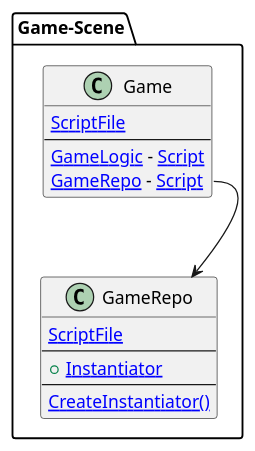
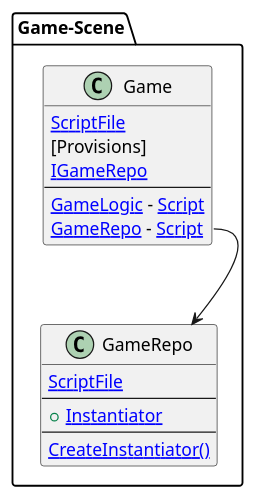
Before and after one commit to chickensoft-games/UMLGenerator: the diagram in src/Chickensoft.UMLGenerator.Tests/Snapshots/BaseProject_VSCode_Game.verified.puml, drawn with PlantUML. The commit also changed 6 other files, not shown here.

```diff
--- a/src/Chickensoft.UMLGenerator.Tests/Snapshots/BaseProject_VSCode_Game.verified.puml
+++ b/src/Chickensoft.UMLGenerator.Tests/Snapshots/BaseProject_VSCode_Game.verified.puml
@@ -1,24 +1,26 @@
 @startuml
 
 package Game-Scene [[vscode://file/{ProjectDirectory}TestCases/BaseProject_VSCode/Game.tscn]] {
 	
 class Game  {
 	[[vscode://file/{ProjectDirectory}Game/Game.cs ScriptFile]]
+	[Provisions]
+	[[vscode://file/{ProjectDirectory}Game/Game.cs:15 IGameRepo]]
 --
 [[vscode://file/{ProjectDirectory}Game/Game.cs:22 GameLogic]] - [[vscode://file/{ProjectDirectory}TestCases/BaseProject_VSCode/Logic/GameLogic.cs Script]]
 	[[vscode://file/{ProjectDirectory}Game/Game.cs:21 GameRepo]] - [[vscode://file/{ProjectDirectory}TestCases/BaseProject_VSCode/Domain/GameRepo.cs Script]]
 }
 
 	
 class GameRepo  {
 	[[vscode://file/{ProjectDirectory}TestCases/BaseProject_VSCode/Domain/GameRepo.cs ScriptFile]]
 --
 + [[vscode://file/{ProjectDirectory}TestCases/BaseProject_VSCode/Domain/GameRepo.cs:15 Instantiator]]
 --
 [[vscode://file/{ProjectDirectory}TestCases/BaseProject_VSCode/Domain/GameRepo.cs:17 CreateInstantiator()]]
 }
 
 	Game::GameRepo --> GameRepo
 }
 
 @enduml
```
